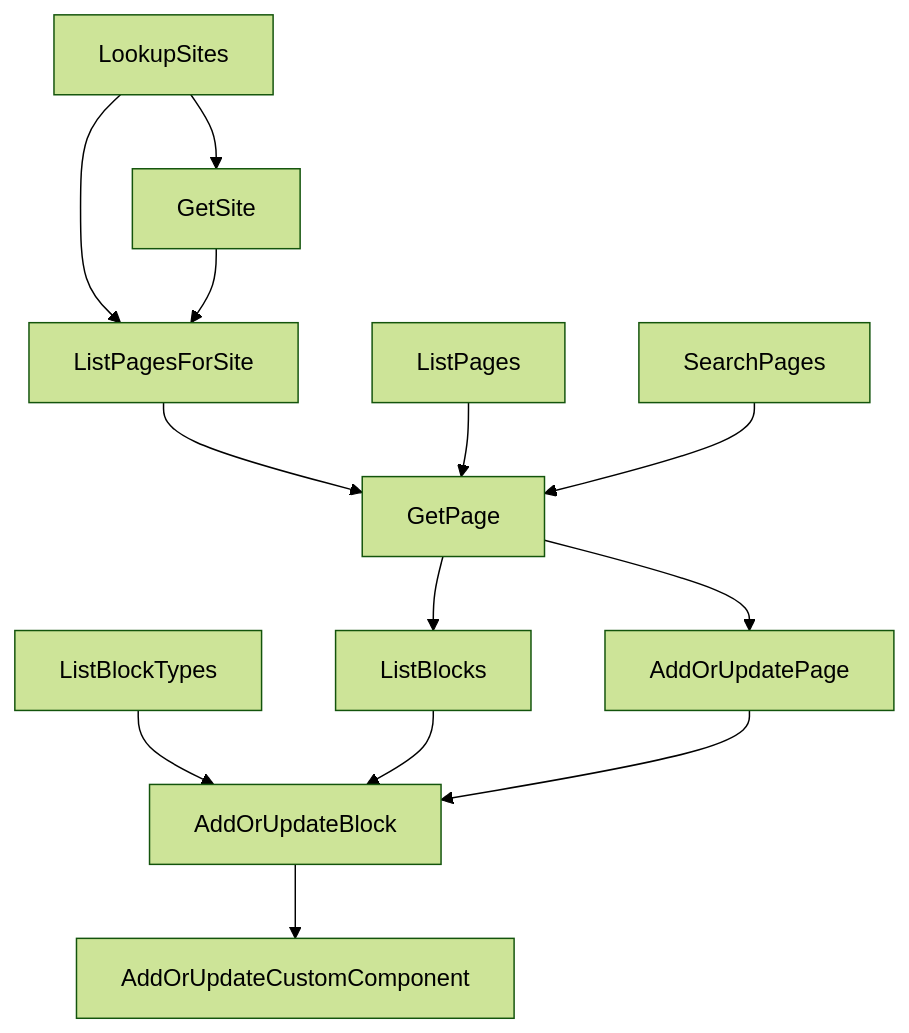
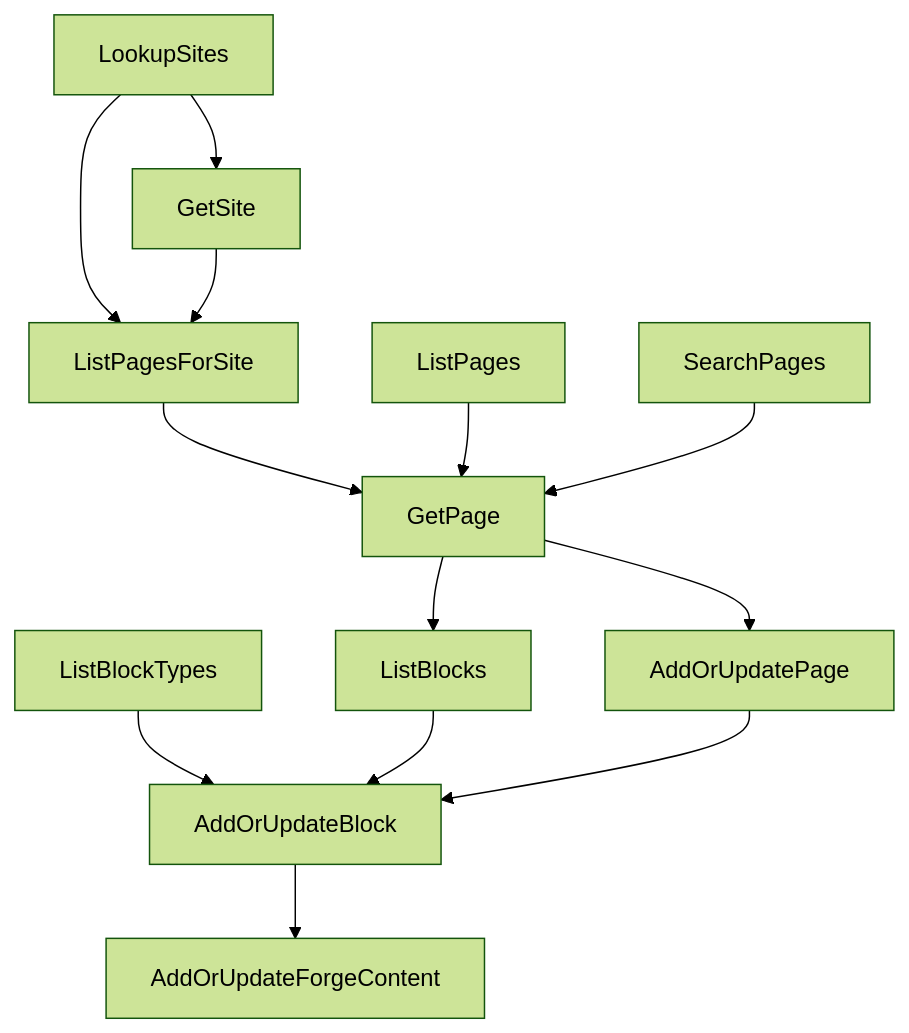
The diagram in specs/260818-cms-agent-tool-suite.md (SparkDevNetwork/Rock), drawn with Mermaid (forest theme) before and after one commit. The commit also changed other lines of this file and 92 other files, not shown here.

````diff
--- a/specs/260818-cms-agent-tool-suite.md
+++ b/specs/260818-cms-agent-tool-suite.md
@@ -167,15 +167,15 @@
 ```mermaid
 flowchart TD
     A[LookupSites] --> B[GetSite]
     A --> C[ListPagesForSite]
     B --> C
     C --> D[GetPage]
     E[ListPages] --> D
     F[SearchPages] --> D
     D --> G[AddOrUpdatePage]
     D --> H[ListBlocks]
     I[ListBlockTypes] --> J[AddOrUpdateBlock]
     H --> J
     G --> J
-    J --> K[AddOrUpdateCustomComponent]
+    J --> K[AddOrUpdateForgeContent]
 ```
````
